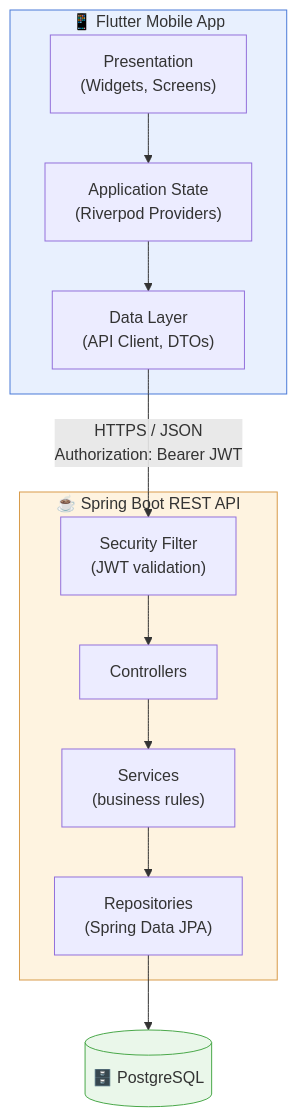
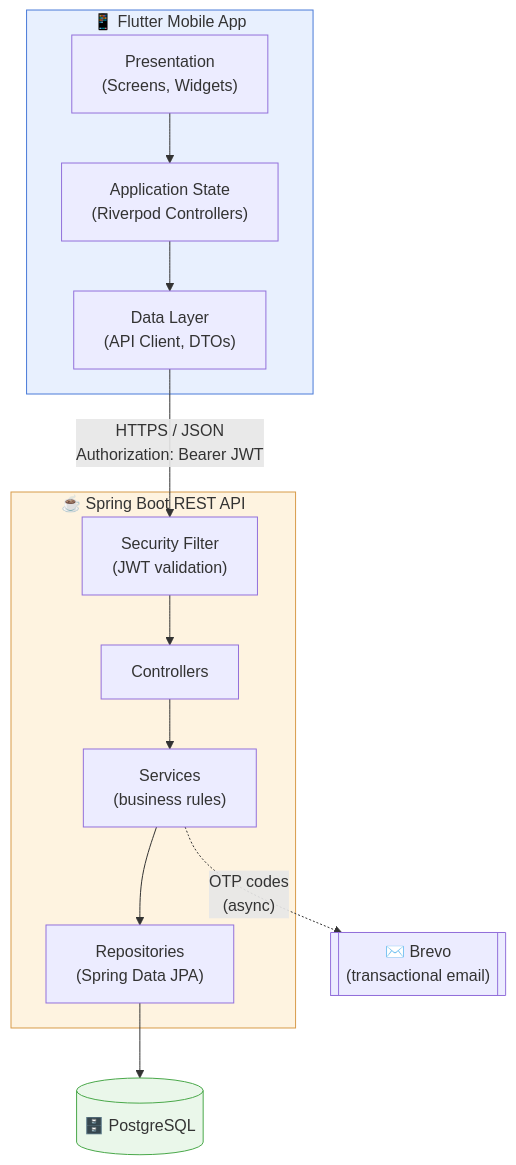
One commit to Mr-Olivier/Fasha changed the first of 4 diagrams in README.md. Above: the diagram before and after it, drawn with Mermaid. The commit also changed other lines of this file, not shown here.

````diff
--- a/README.md
+++ b/README.md
@@ -84,26 +76,28 @@
 ```mermaid
 flowchart TB
     subgraph Client["📱 Flutter Mobile App"]
-        UI["Presentation<br/>(Widgets, Screens)"]
-        STATE["Application State<br/>(Riverpod Providers)"]
+        UI["Presentation<br/>(Screens, Widgets)"]
+        STATE["Application State<br/>(Riverpod Controllers)"]
         DATA["Data Layer<br/>(API Client, DTOs)"]
         UI --> STATE --> DATA
     end
 
     subgraph Backend["☕ Spring Boot REST API"]
         SEC["Security Filter<br/>(JWT validation)"]
         CTRL["Controllers"]
         SVC["Services<br/>(business rules)"]
         REPO["Repositories<br/>(Spring Data JPA)"]
         SEC --> CTRL --> SVC --> REPO
     end
 
     DB[("🗄️ PostgreSQL")]
+    MAIL[["✉️ Brevo<br/>(transactional email)"]]
 
     DATA -- "HTTPS / JSON<br/>Authorization: Bearer JWT" --> SEC
     REPO --> DB
+    SVC -. "OTP codes<br/>(async)" .-> MAIL
 
     style Client fill:#e8f0fe,stroke:#4a7bd8
     style Backend fill:#fef3e0,stroke:#d89b4a
     style DB fill:#eaf7ea,stroke:#4aa84a
 ```
````
